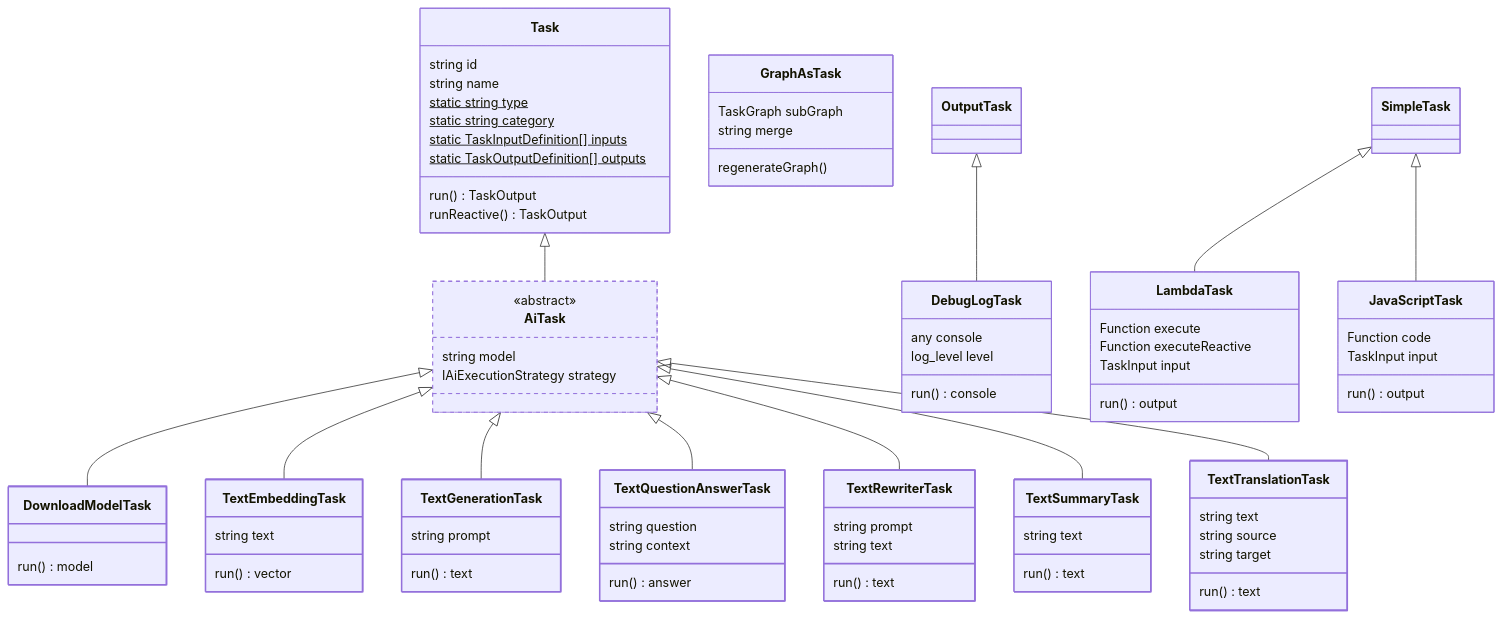
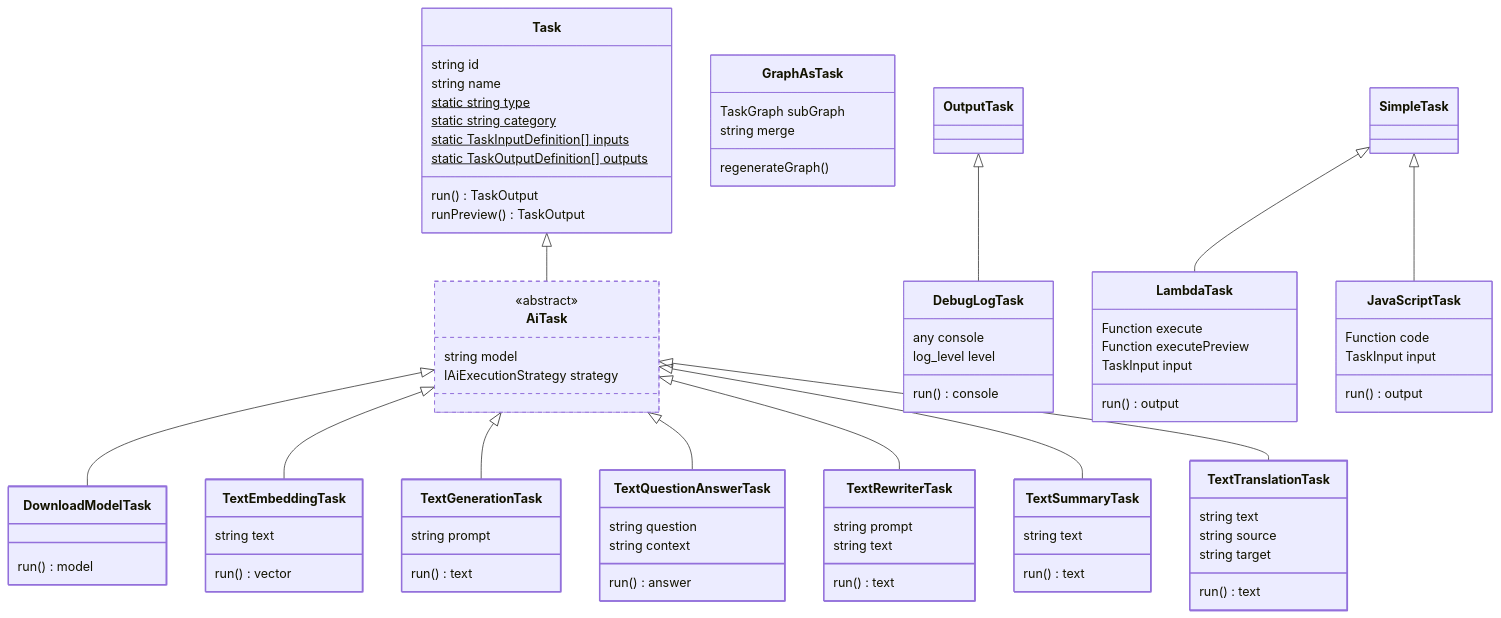
Before and after one commit to workglow-dev/workglow: the second of 5 diagrams in docs/developers/02_architecture.md, drawn with Mermaid. The commit also changed other lines of this file and 10 other files, not shown here.

First line of the commit message:
docs: rewrite execution-model documentation for run/runPreview contract

```diff
--- a/docs/developers/02_architecture.md
+++ b/docs/developers/02_architecture.md
@@ -116,7 +116,7 @@
       static TaskInputDefinition[] inputs$
       static TaskOutputDefinition[] outputs$
       run() TaskOutput
-      runReactive() TaskOutput
+      runPreview() TaskOutput
     }
 
     class GraphAsTask{
@@ -196,7 +196,7 @@
 
   class LambdaTask{
     Function execute
-    Function executeReactive
+    Function executePreview
     TaskInput input
     run() output
   }
```
